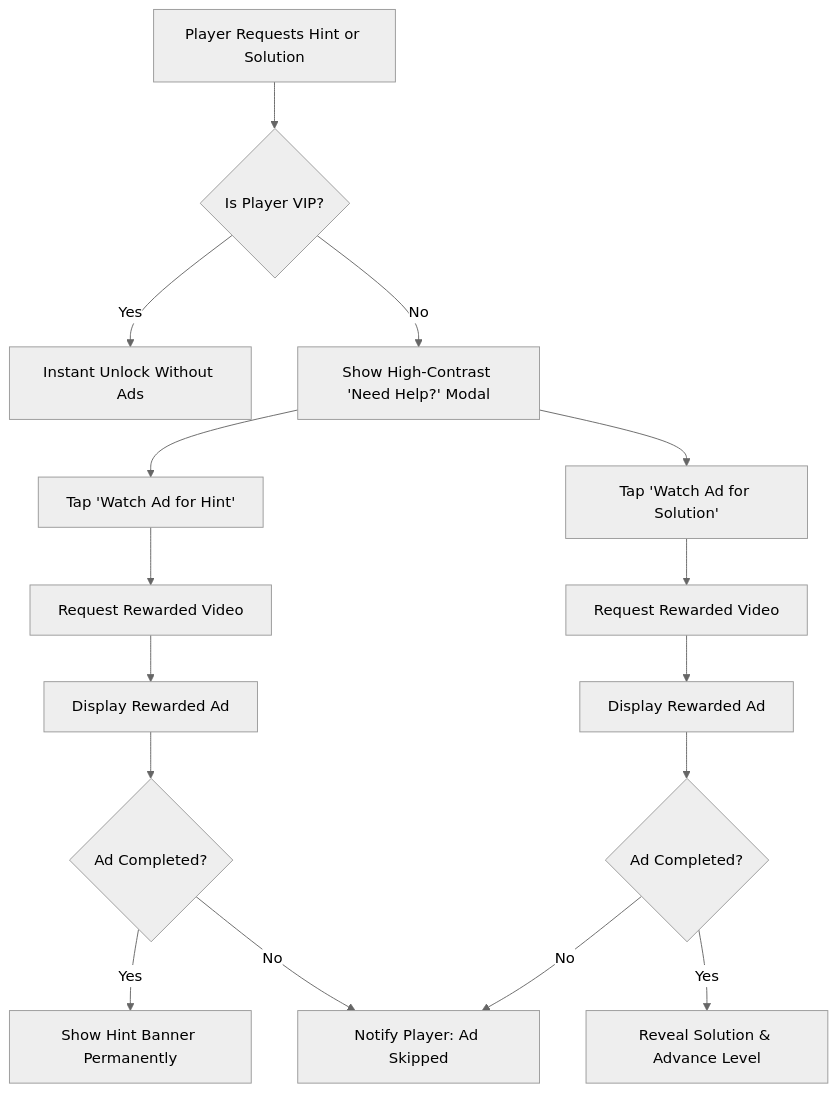
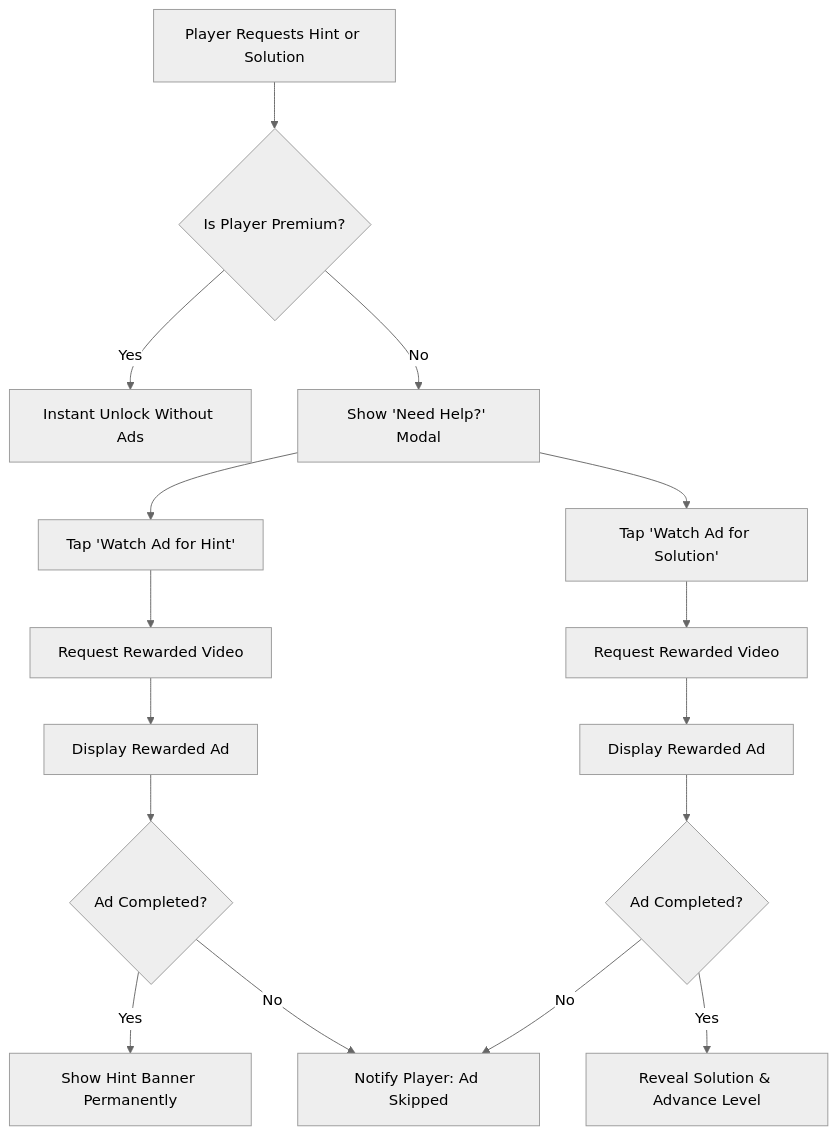
One commit to goku3137/mathriddle changed the first of 2 diagrams in docs/monetization.md. Above: the diagram before and after it, drawn with Mermaid (neutral theme). The commit also changed other lines of this file and 4 other files, not shown here.

````diff
--- a/docs/monetization.md
+++ b/docs/monetization.md
@@ -5,24 +14,24 @@
 ```mermaid
 flowchart TD
-    PlayerAction[Player Requests Hint or Solution] --> CheckVIP{Is Player VIP?}
+    PlayerAction[Player Requests Hint or Solution] --> CheckVIP{Is Player Premium?}
     CheckVIP -->|Yes| InstantUnlock[Instant Unlock Without Ads]
-    CheckVIP -->|No| PromptRewarded[Show High-Contrast 'Need Help?' Modal]
+    CheckVIP -->|No| PromptRewarded[Show 'Need Help?' Modal]
     
     PromptRewarded --> TapHint[Tap 'Watch Ad for Hint']
     PromptRewarded --> TapSolution[Tap 'Watch Ad for Solution']
     
     TapHint --> LoadRewarded1[Request Rewarded Video]
     TapSolution --> LoadRewarded2[Request Rewarded Video]
     
     LoadRewarded1 --> ShowRewarded1[Display Rewarded Ad]
     LoadRewarded2 --> ShowRewarded2[Display Rewarded Ad]
     
     ShowRewarded1 --> AdReward1{Ad Completed?}
     ShowRewarded2 --> AdReward2{Ad Completed?}
     
     AdReward1 -->|Yes| RevealHint[Show Hint Banner Permanently]
     AdReward1 -->|No| FailedAd[Notify Player: Ad Skipped]
     
     AdReward2 -->|Yes| RevealSolution[Reveal Solution & Advance Level]
     AdReward2 -->|No| FailedAd
 ```
````
